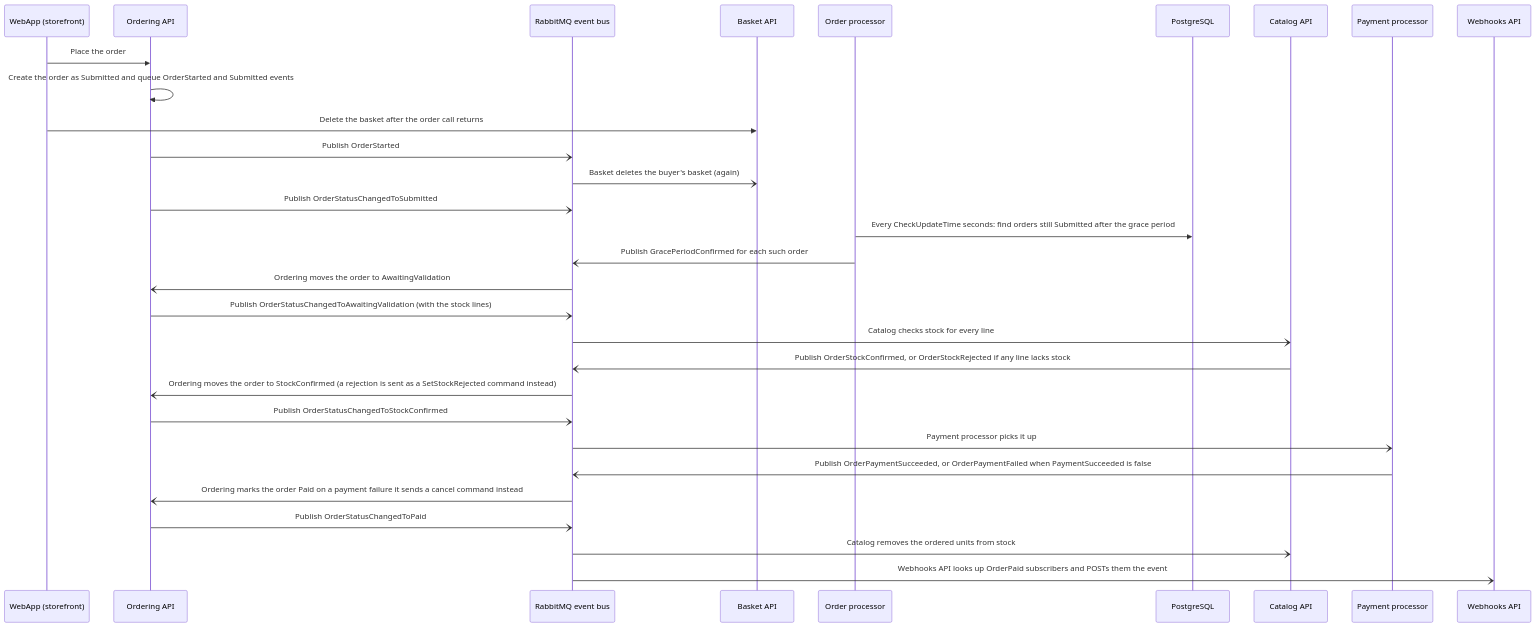
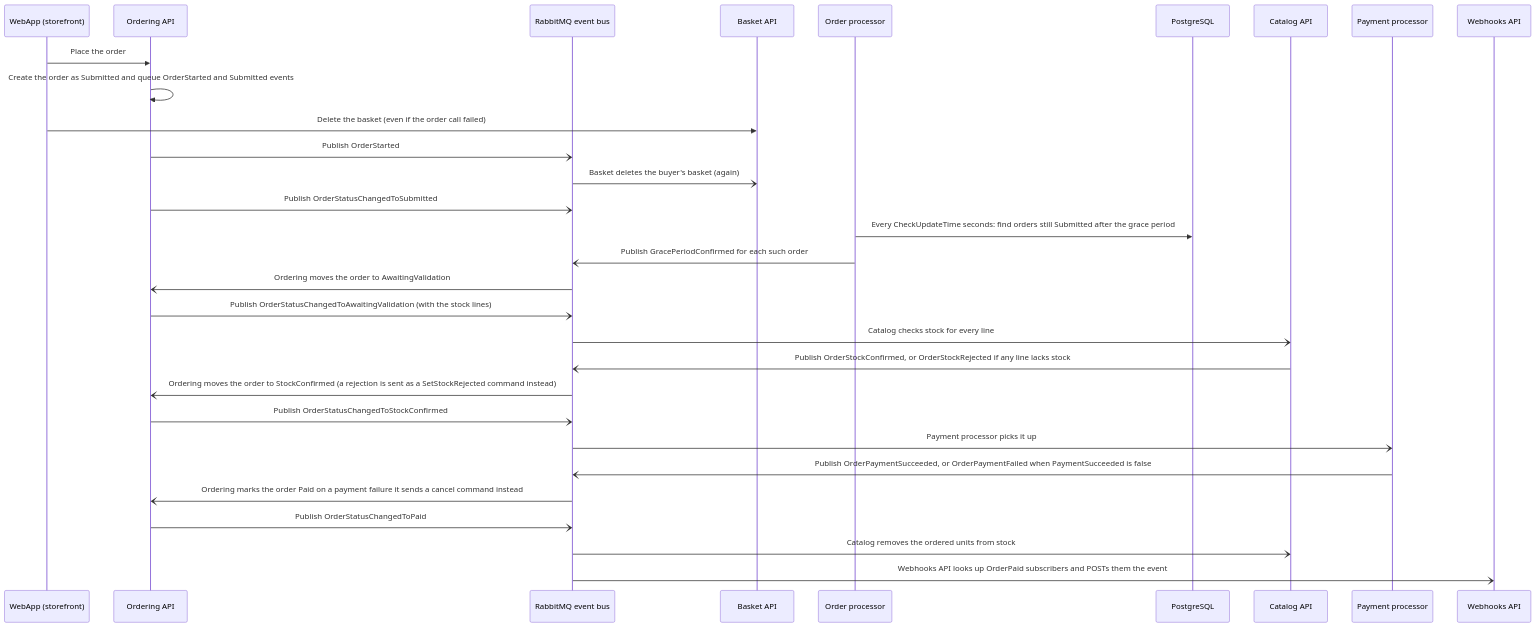
The fourth of 4 diagrams in examples/eshop/ARCHITECTURE.md (majdukovic/evidence-architecture-map), drawn with Mermaid before and after one commit. The commit also changed other lines of this file and 43 other files, not shown here.

````diff
--- a/examples/eshop/ARCHITECTURE.md
+++ b/examples/eshop/ARCHITECTURE.md
@@ -373,32 +426,32 @@
 ```mermaid
 sequenceDiagram
   participant n_webapp as WebApp (storefront)
   participant n_ordering_api as Ordering API
   participant n_rabbitmq as RabbitMQ event bus
   participant n_basket_api as Basket API
   participant n_order_processor as Order processor
   participant n_postgres as PostgreSQL
   participant n_catalog_api as Catalog API
   participant n_payment_processor as Payment processor
   participant n_webhooks_api as Webhooks API
   n_webapp->>n_ordering_api: Place the order
   n_ordering_api->>n_ordering_api: Create the order as Submitted and queue OrderStarted and Submitted events
-  n_webapp->>n_basket_api: Delete the basket after the order call returns
+  n_webapp->>n_basket_api: Delete the basket (even if the order call failed)
   n_ordering_api-)n_rabbitmq: Publish OrderStarted
   n_rabbitmq-)n_basket_api: Basket deletes the buyer's basket (again)
   n_ordering_api-)n_rabbitmq: Publish OrderStatusChangedToSubmitted
   n_order_processor->>n_postgres: Every CheckUpdateTime seconds: find orders still Submitted after the grace period
   n_order_processor-)n_rabbitmq: Publish GracePeriodConfirmed for each such order
   n_rabbitmq-)n_ordering_api: Ordering moves the order to AwaitingValidation
   n_ordering_api-)n_rabbitmq: Publish OrderStatusChangedToAwaitingValidation (with the stock lines)
   n_rabbitmq-)n_catalog_api: Catalog checks stock for every line
   n_catalog_api-)n_rabbitmq: Publish OrderStockConfirmed, or OrderStockRejected if any line lacks stock
   n_rabbitmq-)n_ordering_api: Ordering moves the order to StockConfirmed (a rejection is sent as a SetStockRejected command instead)
   n_ordering_api-)n_rabbitmq: Publish OrderStatusChangedToStockConfirmed
   n_rabbitmq-)n_payment_processor: Payment processor picks it up
   n_payment_processor-)n_rabbitmq: Publish OrderPaymentSucceeded, or OrderPaymentFailed when PaymentSucceeded is false
   n_rabbitmq-)n_ordering_api: Ordering marks the order Paid  on a payment failure it sends a cancel command instead
   n_ordering_api-)n_rabbitmq: Publish OrderStatusChangedToPaid
   n_rabbitmq-)n_catalog_api: Catalog removes the ordered units from stock
   n_rabbitmq-)n_webhooks_api: Webhooks API looks up OrderPaid subscribers and POSTs them the event
 ```
````
